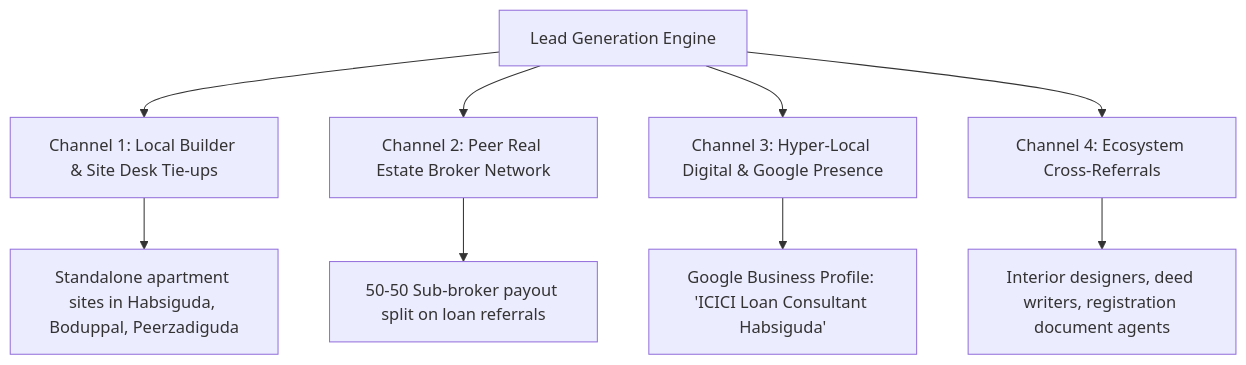
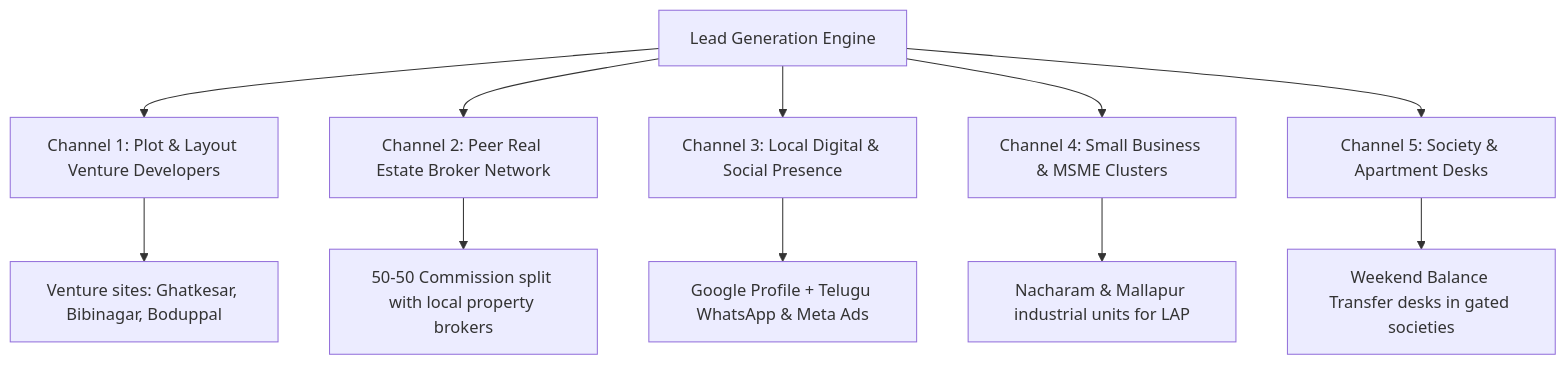
One commit to zippytechsystems/ICIC-financial-Loans-in-Habsiguda changed the diagram in 90_DAY_SUB_DSA_LAUNCH_PLAN.md. Above: the diagram before and after it, drawn with Mermaid. The commit also changed other lines of this file, not shown here.

Commit message:
feat: complete 90-day launch plan with plot loans, Hyderabad micro-markets, and bilingual Telugu scripts

````diff
--- a/90_DAY_SUB_DSA_LAUNCH_PLAN.md
+++ b/90_DAY_SUB_DSA_LAUNCH_PLAN.md
@@ -40,12 +96,14 @@
 ```mermaid
 flowchart TD
-    A[Lead Generation Engine] --> B[Channel 1: Local Builder & Site Desk Tie-ups]
+    A[Lead Generation Engine] --> B[Channel 1: Plot & Layout Venture Developers]
     A --> C[Channel 2: Peer Real Estate Broker Network]
-    A --> D[Channel 3: Hyper-Local Digital & Google Presence]
-    A --> E[Channel 4: Ecosystem Cross-Referrals]
+    A --> D[Channel 3: Local Digital & Social Presence]
+    A --> E[Channel 4: Small Business & MSME Clusters]
+    A --> F[Channel 5: Society & Apartment Desks]
     
-    B --> B1[Standalone apartment sites in Habsiguda, Boduppal, Peerzadiguda]
-    C --> C1[50-50 Sub-broker payout split on loan referrals]
-    D --> D1[Google Business Profile: 'ICICI Loan Consultant Habsiguda']
-    E --> E1[Interior designers, deed writers, registration document agents]
+    B --> B1[Venture sites: Ghatkesar, Bibinagar, Boduppal]
+    C --> C1[50-50 Commission split with local property brokers]
+    D --> D1[Google Profile + Telugu WhatsApp & Meta Ads]
+    E --> E1[Nacharam & Mallapur industrial units for LAP]
+    F --> F1[Weekend Balance Transfer desks in gated societies]
 ```
````
